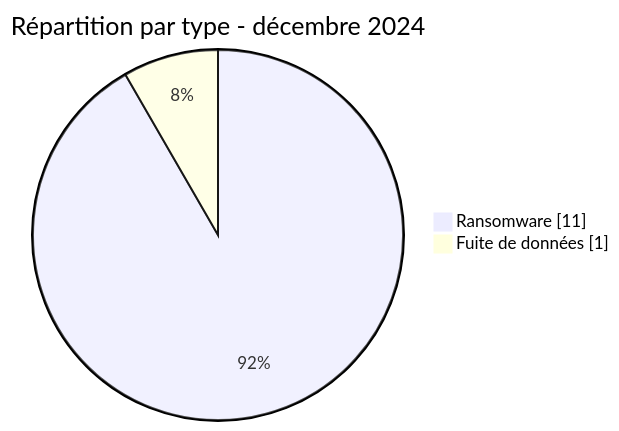
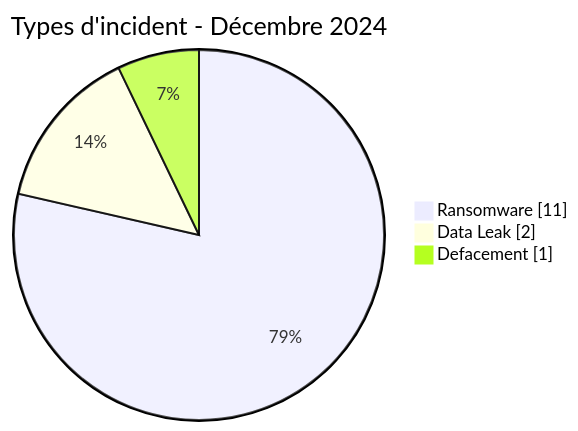
The first of 3 diagrams in CyberAttackAfrica/2024/12-december/README_FR.md (Hatchepsoute/AFRINTEL), drawn with Mermaid before and after one commit. The commit also changed other lines of this file and 60 other files, not shown here.

````diff
--- a/CyberAttackAfrica/2024/12-december/README_FR.md
+++ b/CyberAttackAfrica/2024/12-december/README_FR.md
@@ -58,6 +56,7 @@
 ```mermaid
 pie showData
-    title Répartition par type - décembre 2024
+    title Types d'incident - Décembre 2024
     "Ransomware" : 11
-    "Fuite de données" : 1
+    "Data Leak" : 2
+    "Defacement" : 1
 ```
````
